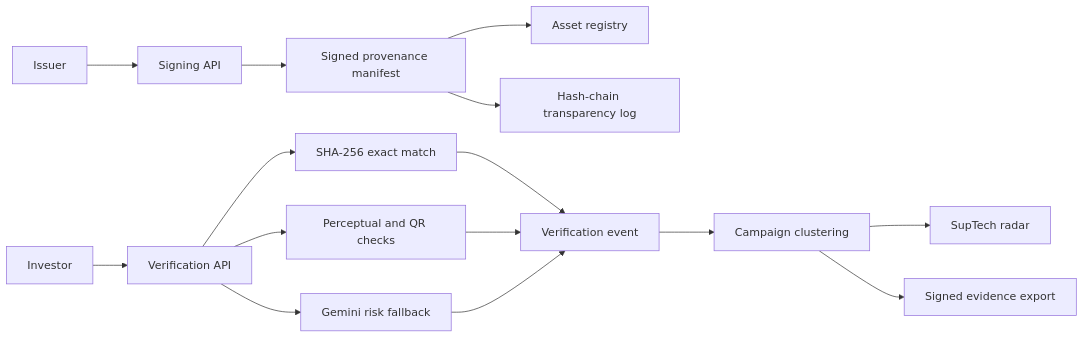
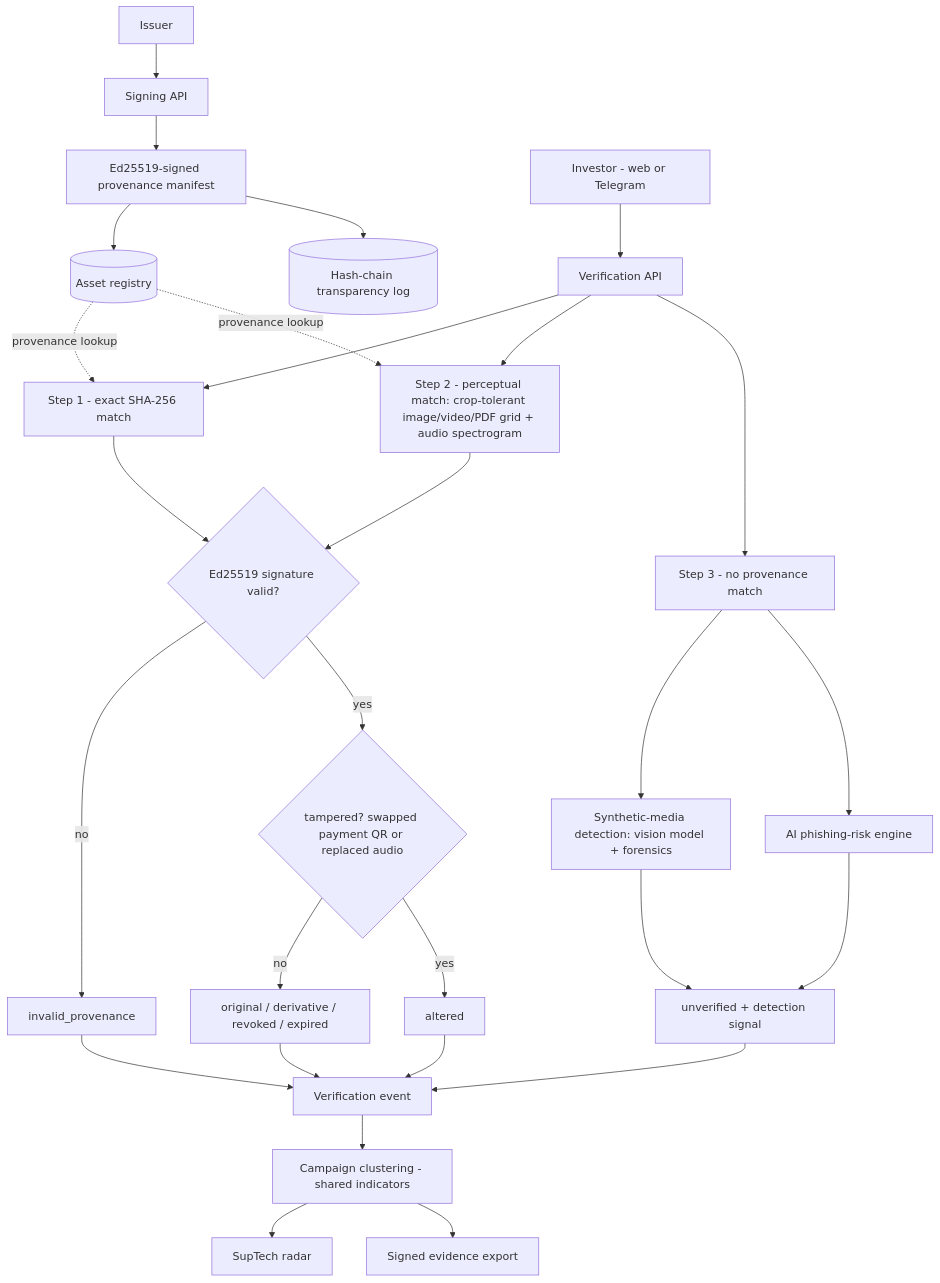
Before and after one commit to RajdeepKushwaha5/PramaanSetu: the diagram in README.md, drawn with Mermaid. The commit also changed other lines of this file, not shown here.

First line of the commit message:
Update README architecture diagram and docs to current build

````diff
--- a/README.md
+++ b/README.md
@@ -114,19 +121,34 @@
 ```mermaid
-flowchart LR
+flowchart TB
     I[Issuer] --> S[Signing API]
-    S --> M[Signed provenance manifest]
-    M --> R[Asset registry]
-    M --> L[Hash-chain transparency log]
+    S --> M[Ed25519-signed provenance manifest]
+    M --> R[(Asset registry)]
+    M --> L[(Hash-chain transparency log)]
 
-    U[Investor] --> V[Verification API]
-    V --> H[SHA-256 exact match]
-    V --> P[Perceptual and QR checks]
-    V --> A[Gemini risk fallback]
+    U["Investor - web or Telegram"] --> V[Verification API]
+    V --> H["Step 1 - exact SHA-256 match"]
+    V --> P["Step 2 - perceptual match: crop-tolerant image/video/PDF grid + audio spectrogram"]
+    R -.provenance lookup.-> H
+    R -.provenance lookup.-> P
 
-    H --> E[Verification event]
-    P --> E
-    A --> E
-    E --> C[Campaign clustering]
+    H --> G{"Ed25519 signature valid?"}
+    P --> G
+    G -- no --> IP[invalid_provenance]
+    G -- yes --> TA{"tampered? swapped payment QR or replaced audio"}
+    TA -- no --> OK["original / derivative / revoked / expired"]
+    TA -- yes --> ALT[altered]
+
+    V --> N["Step 3 - no provenance match"]
+    N --> SD["Synthetic-media detection: vision model + forensics"]
+    N --> AR[AI phishing-risk engine]
+    SD --> UNV["unverified + detection signal"]
+    AR --> UNV
+
+    OK --> E[Verification event]
+    ALT --> E
+    IP --> E
+    UNV --> E
+    E --> C[Campaign clustering - shared indicators]
     C --> D[SupTech radar]
     C --> X[Signed evidence export]
 ```
````
